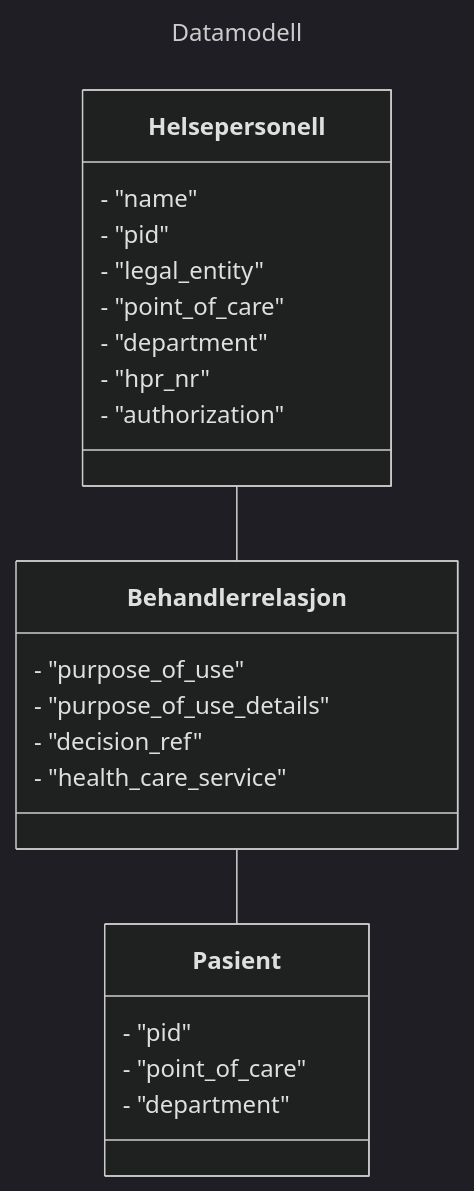
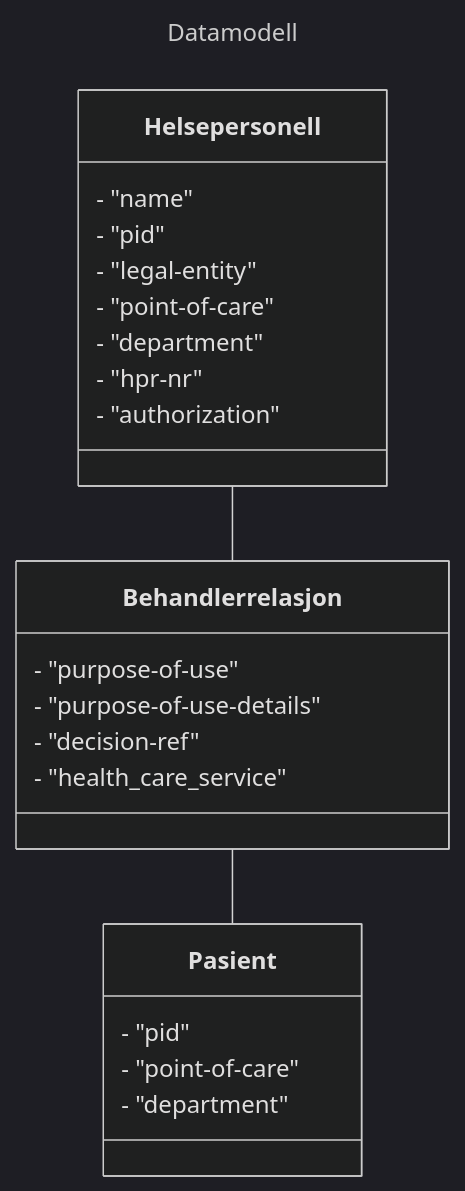
Before and after one commit to NorskHelsenett/Tillitsrammeverk: the second of 3 diagrams in specs/informasjons_og_datamodell.md, drawn with Mermaid (dark theme). The commit also changed other lines of this file and 13 other files, not shown here.

````diff
--- a/specs/informasjons_og_datamodell.md
+++ b/specs/informasjons_og_datamodell.md
@@ -187,33 +187,33 @@
 ```mermaid
 ---
 title: Datamodell
 ---
 classDiagram
 
 	Helsepersonell -- Behandlerrelasjon
 	Behandlerrelasjon -- Pasient
 
 	class Helsepersonell{
 		- "name"
 		- "pid"
-		- "legal_entity"
-		- "point_of_care"
+		- "legal-entity"
+		- "point-of-care"
 		- "department"
-		- "hpr_nr"
+		- "hpr-nr"
 		- "authorization"
 	}
 		
 	class Behandlerrelasjon{
-		- "purpose_of_use"
-		- "purpose_of_use_details"
-		- "decision_ref"
+		- "purpose-of-use"
+		- "purpose-of-use-details"
+		- "decision-ref"
 		- "health_care_service"
 	}
 	
 	class Pasient{
 		- "pid"
-		- "point_of_care"
+		- "point-of-care"
 		- "department"
 	}	
 		
 ```
````
